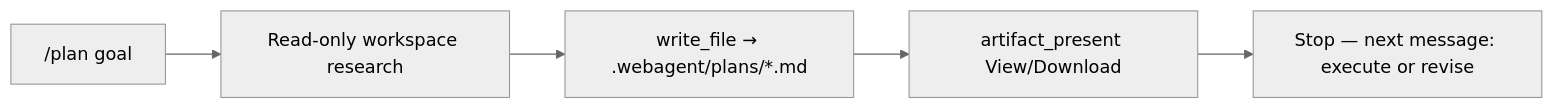
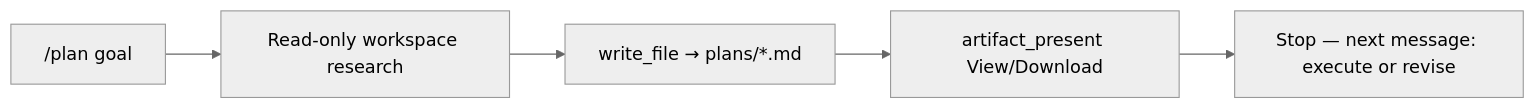
The second of 4 diagrams in README.md (nikola66/web-agent), drawn with Mermaid (neutral theme) before and after one commit. The commit also changed other lines of this file and 18 other files, not shown here.

````diff
--- a/README.md
+++ b/README.md
@@ -76,7 +76,7 @@
 ```mermaid
 flowchart LR
   P["/plan goal"] --> R[Read-only workspace research]
-  R --> W["write_file → .webagent/plans/*.md"]
+  R --> W["write_file → plans/*.md"]
   W --> A["artifact_present View/Download"]
   A --> N["Stop — next message: execute or revise"]
 ```
````
